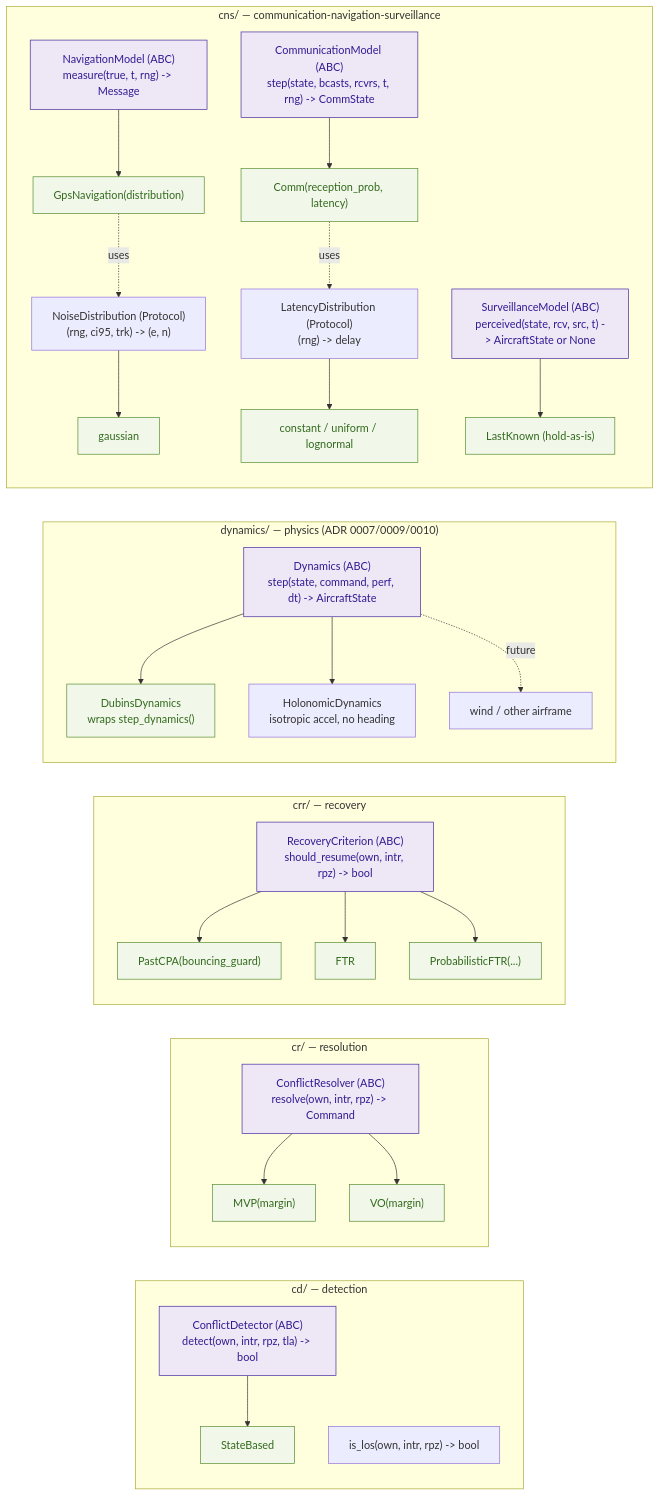
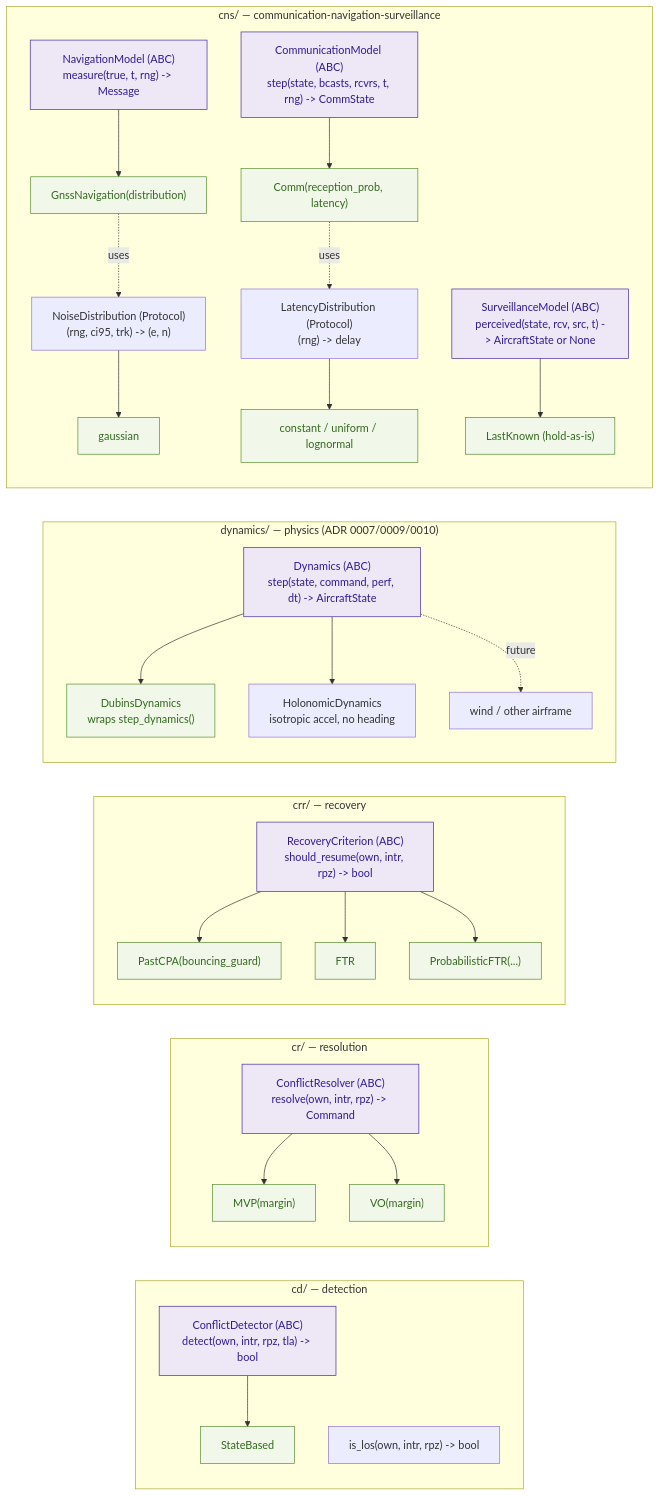
The third of 4 diagrams in vault/architecture-dataflow.md (fazlurnu/OpenCDaRR), drawn with Mermaid before and after one commit. The commit also changed other lines of this file and 16 other files, not shown here.

````diff
--- a/vault/architecture-dataflow.md
+++ b/vault/architecture-dataflow.md
@@ -161,45 +161,45 @@
 ```mermaid
 flowchart LR
     subgraph CDf["cd/ — detection"]
         CDABC["ConflictDetector (ABC)<br/>detect(own, intr, rpz, tla) -> bool"]
         SB["StateBased"]
         ISLOS["is_los(own, intr, rpz) -> bool"]
         CDABC --> SB
     end
     subgraph CRf["cr/ — resolution"]
         CRABC["ConflictResolver (ABC)<br/>resolve(own, intr, rpz) -> Command"]
         CRABC --> MVPn["MVP(margin)"]
         CRABC --> VOn["VO(margin)"]
     end
     subgraph CRRf["crr/ — recovery"]
         CRRABC["RecoveryCriterion (ABC)<br/>should_resume(own, intr, rpz) -> bool"]
         CRRABC --> PC["PastCPA(bouncing_guard)"]
         CRRABC --> FTRn["FTR"]
         CRRABC --> PFTR["ProbabilisticFTR(...)"]
     end
     subgraph DYNf["dynamics/ — physics (ADR 0007/0009/0010)"]
         DABC["Dynamics (ABC)<br/>step(state, command, perf, dt) -> AircraftState"]
         DABC --> PMD["DubinsDynamics<br/>wraps step_dynamics()"]
         DABC --> HOLO["HolonomicDynamics<br/>isotropic accel, no heading"]
         DABC -. future .-> WIND["wind / other airframe"]
     end
     subgraph CNSf["cns/ — communication-navigation-surveillance"]
         NAVABC["NavigationModel (ABC)<br/>measure(true, t, rng) -> Message"]
-        NAVABC --> GPS["GpsNavigation(distribution)"]
+        NAVABC --> GPS["GnssNavigation(distribution)"]
         NDP["NoiseDistribution (Protocol)<br/>(rng, ci95, trk) -> (e, n)"]
         NDP --> GAUSS["gaussian"]
         GPS -. uses .-> NDP
         COMMABC["CommunicationModel (ABC)<br/>step(state, bcasts, rcvrs, t, rng) -> CommState"]
         COMMABC --> COMMc["Comm(reception_prob, latency)"]
         LDP["LatencyDistribution (Protocol)<br/>(rng) -> delay"]
         LDP --> LATc["constant / uniform / lognormal"]
         COMMc -. uses .-> LDP
         SURVABC["SurveillanceModel (ABC)<br/>perceived(state, rcv, src, t) -> AircraftState or None"]
         SURVABC --> LK["LastKnown (hold-as-is)"]
     end
 
     classDef abc fill:#ede7f6,stroke:#4527a0,color:#311b92
     classDef impl fill:#f1f8e9,stroke:#558b2f,color:#33691e
     class CDABC,CRABC,CRRABC,DABC,NAVABC,COMMABC,SURVABC abc
     class SB,MVPn,VOn,PC,FTRn,PFTR,PMD,GPS,GAUSS,COMMc,LATc,LK impl
 ```
````
